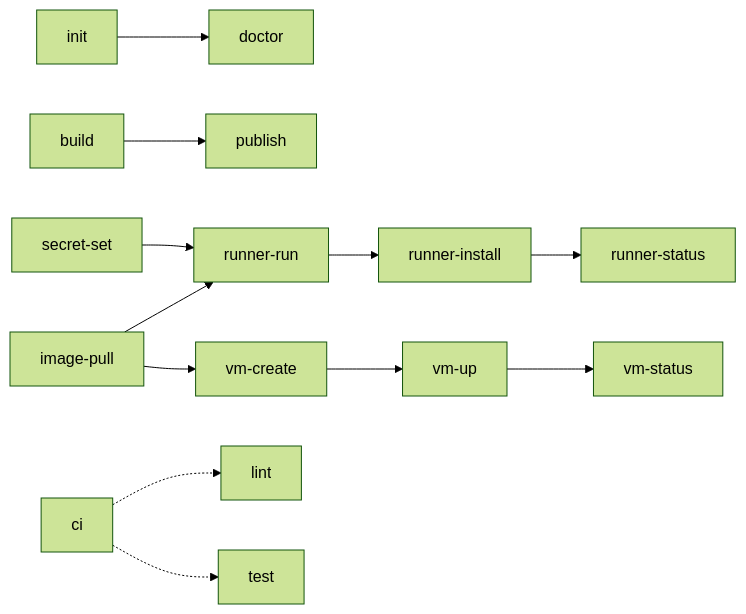
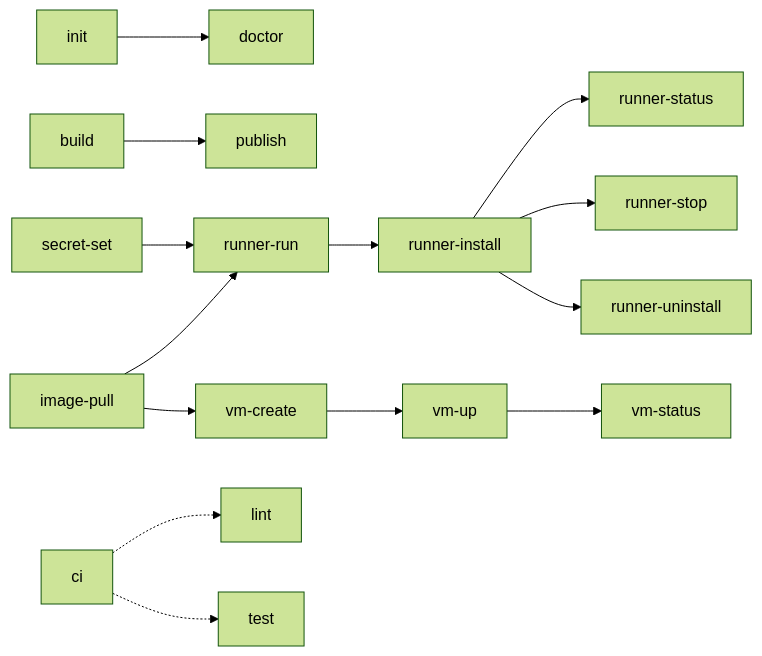
The diagram in Makefile.md (lolay/agent-images), drawn with Mermaid (forest theme) before and after one commit. The commit also changed other lines of this file and 14 other files, not shown here.

````diff
--- a/Makefile.md
+++ b/Makefile.md
@@ -9,12 +9,14 @@
 ```mermaid
 graph LR
     init --> doctor
     build --> publish
     image-pull --> runner-run
     secret-set --> runner-run
     runner-run --> runner-install --> runner-status
+    runner-install --> runner-stop
+    runner-install --> runner-uninstall
     image-pull --> vm-create --> vm-up
     vm-up --> vm-status
     ci -.-> lint
     ci -.-> test
 ```
````
